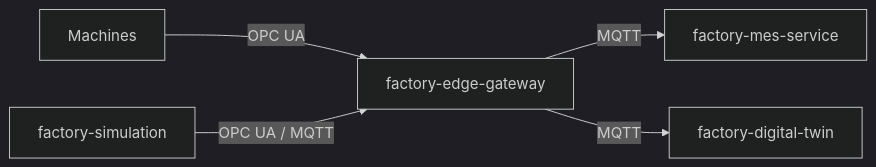
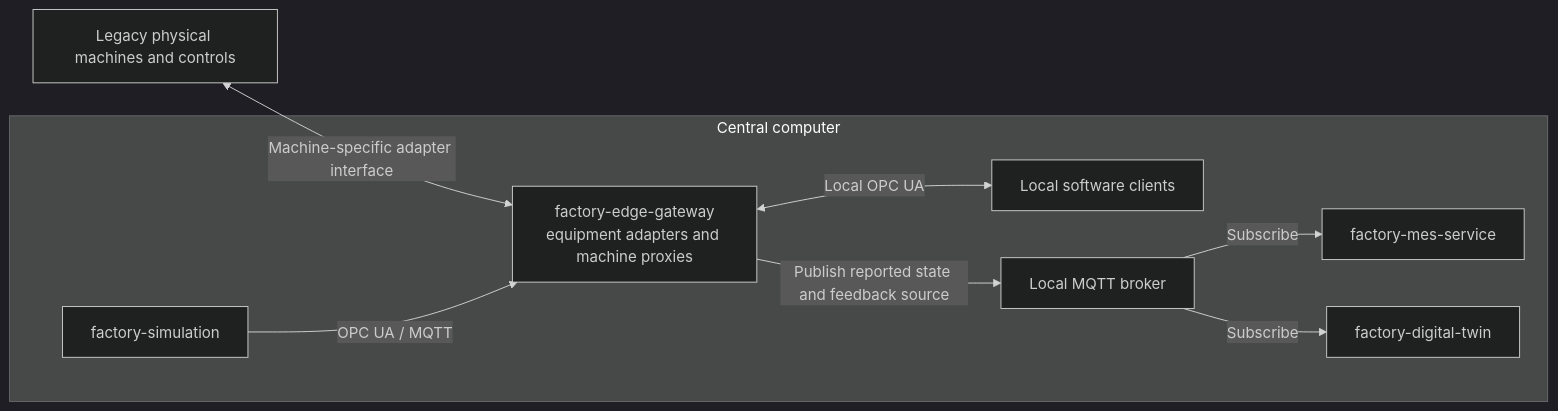
Before and after one commit to feintechnikschule/factory-hub: the first of 4 diagrams in docs/architecture/overview.md, drawn with Mermaid (dark theme). The commit also changed other lines of this file and 8 other files, not shown here.

First line of the commit message:
docs: add ADRs 0003-0009 and update architecture overview

````diff
--- a/docs/architecture/overview.md
+++ b/docs/architecture/overview.md
@@ -3,7 +3,13 @@
 ```mermaid
 flowchart LR
-    Machines -->|OPC UA| Edge[factory-edge-gateway]
-    Edge -->|MQTT| MES[factory-mes-service]
-    Edge -->|MQTT| Twin[factory-digital-twin]
-    Sim[factory-simulation] -->|OPC UA / MQTT| Edge
+    Physical[Legacy physical machines and controls]
+    Physical <-->|Machine-specific adapter interface| Edge
+    subgraph Central[Central computer]
+        Edge[factory-edge-gateway<br/>equipment adapters and machine proxies]
+        Edge <-->|Local OPC UA| Clients[Local software clients]
+        Edge -->|Publish reported state and feedback source| Broker[Local MQTT broker]
+        Broker -->|Subscribe| MES[factory-mes-service]
+        Broker -->|Subscribe| Twin[factory-digital-twin]
+        Sim[factory-simulation] -->|OPC UA / MQTT| Edge
+    end
 ```
````
